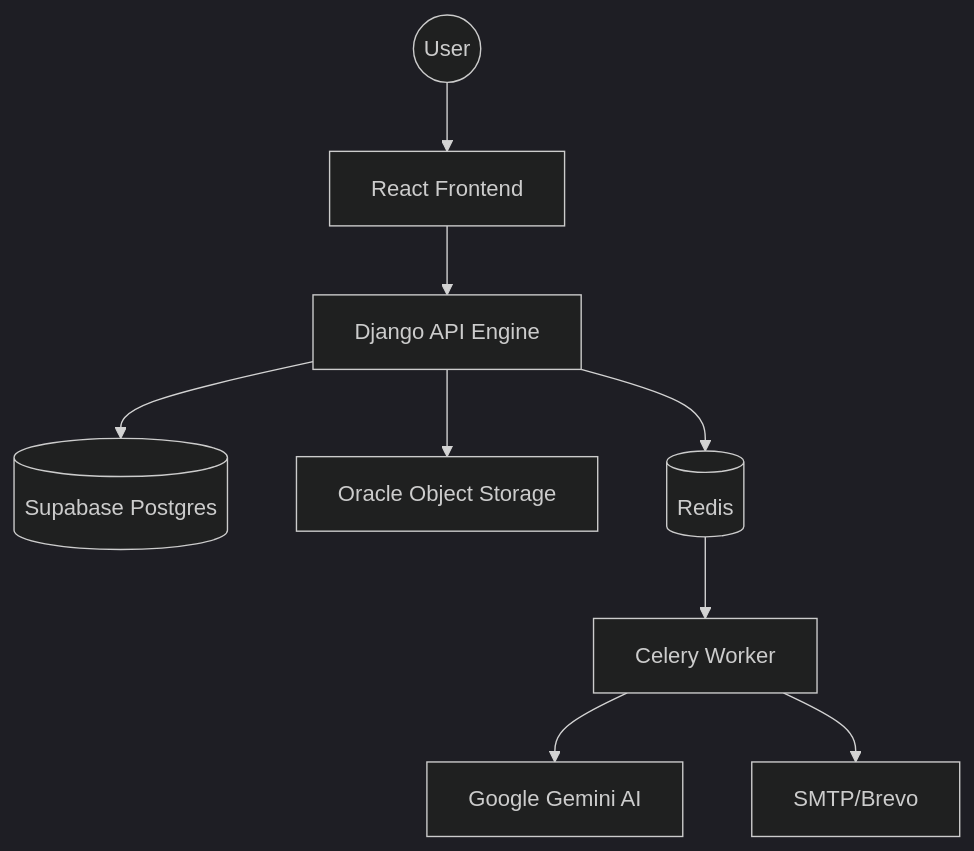
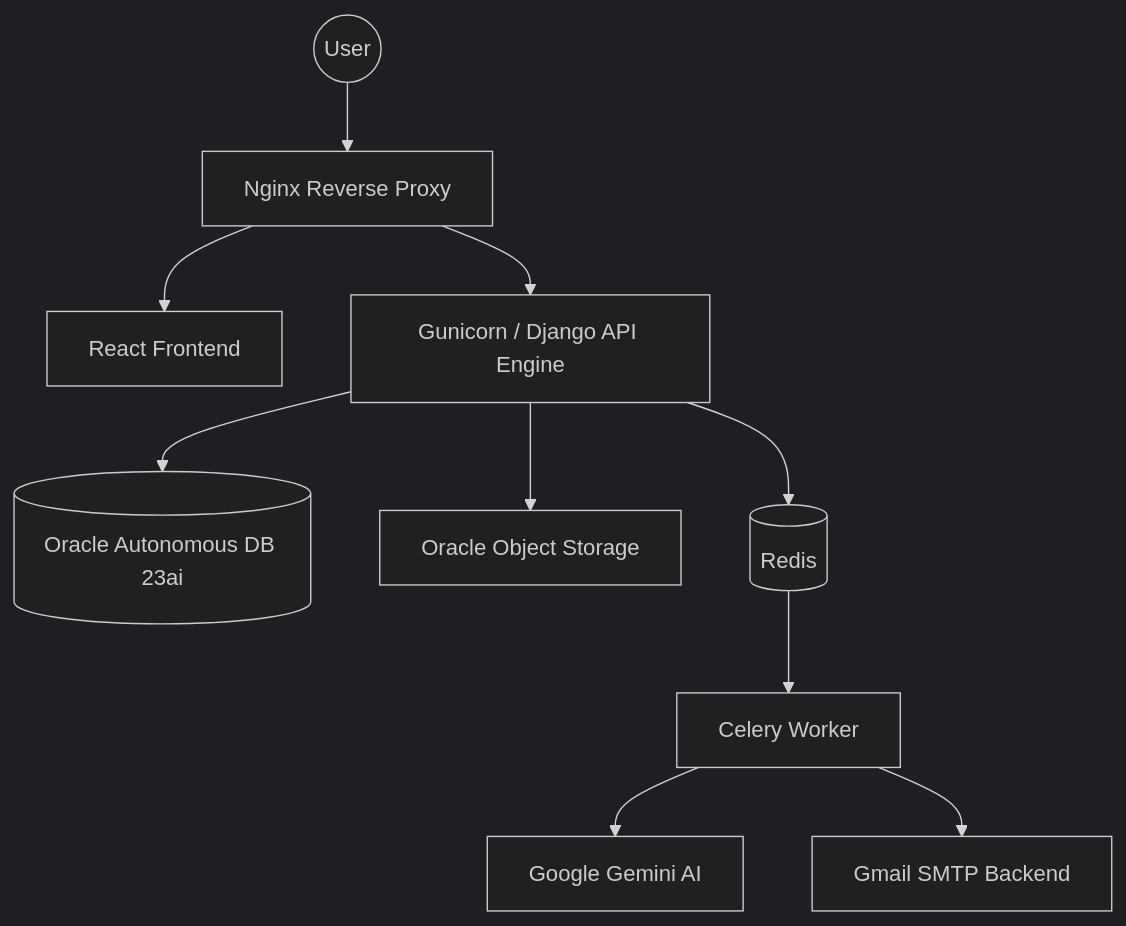
Before and after one commit to Teleiosite/EMS---Employee-Management-System: the diagram in README.md, drawn with Mermaid (dark theme). The commit also changed other lines of this file, not shown here.

Commit message:
docs: update README with Oracle Cloud migration details

````diff
--- a/README.md
+++ b/README.md
@@ -31,11 +32,12 @@
 ```mermaid
 graph TD
-    User((User)) --> FE[React Frontend]
-    FE --> Django[Django API Engine]
-    Django --> Supabase[(Supabase Postgres)]
-    Django --> OCI[Oracle Object Storage]
-    Django --> Redis[(Redis)]
+    User((User)) --> Nginx[Nginx Reverse Proxy]
+    Nginx --> FE[React Frontend]
+    Nginx --> Gunicorn[Gunicorn / Django API Engine]
+    Gunicorn --> OracleDB[(Oracle Autonomous DB 23ai)]
+    Gunicorn --> OCI[Oracle Object Storage]
+    Gunicorn --> Redis[(Redis)]
     Redis --> Celery[Celery Worker]
     Celery --> Gemini[Google Gemini AI]
-    Celery --> EMAIL[SMTP/Brevo]
+    Celery --> EMAIL[Gmail SMTP Backend]
 ```
````
